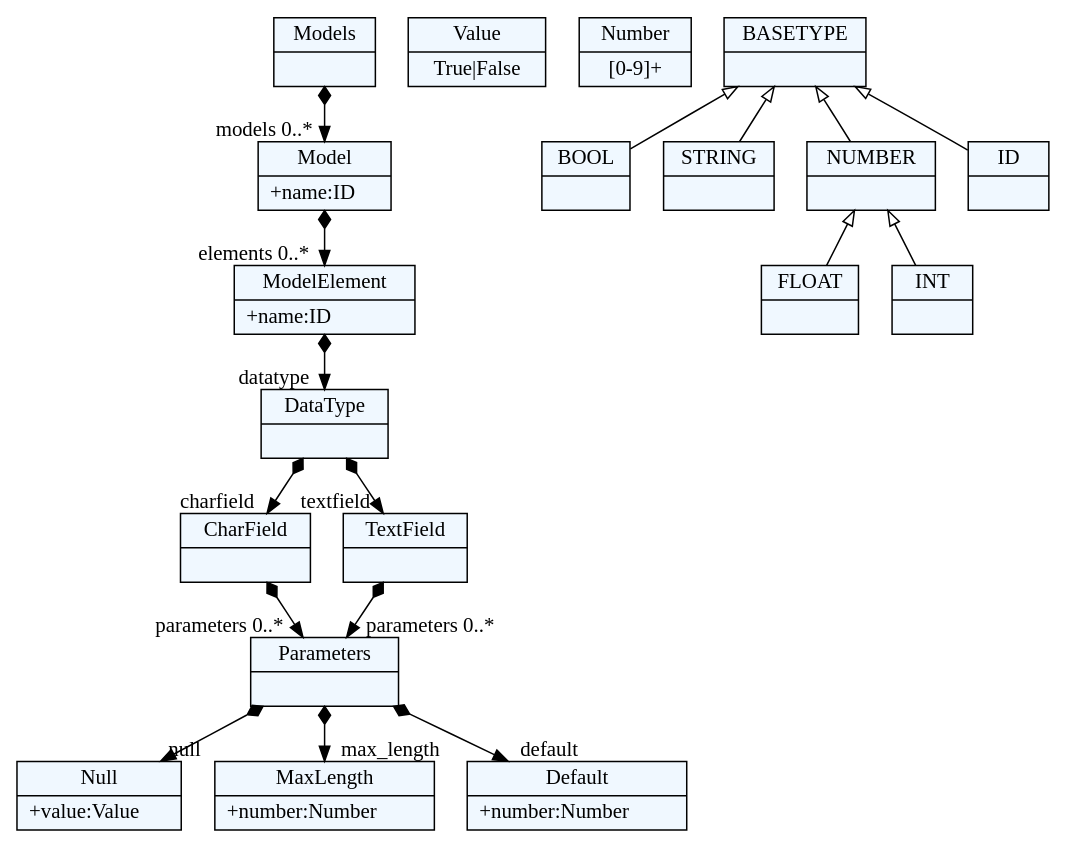
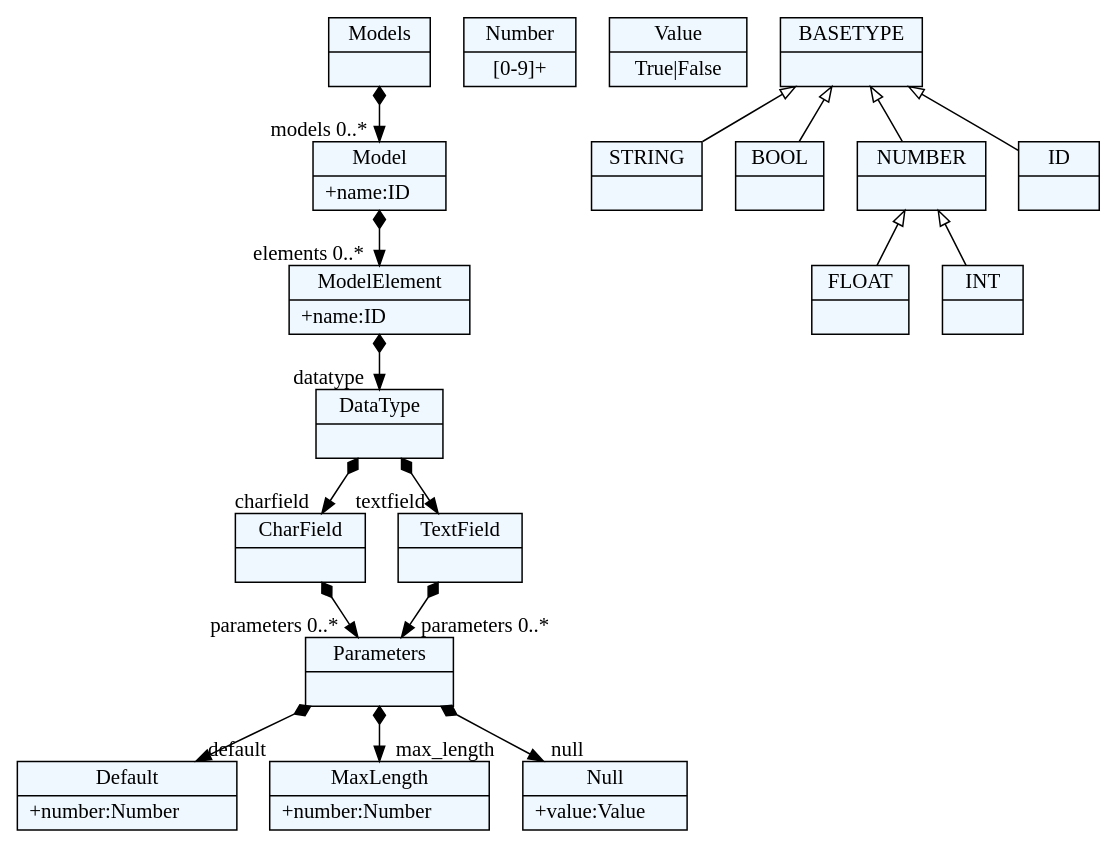
The diagram in grammer.dot (Booorkoo/JSD), drawn with Graphviz before and after one commit. The commit also changed 3 other files, not shown here.

```diff
--- a/grammer.dot
+++ b/grammer.dot
@@ -1,69 +1,69 @@
 
     digraph xtext {
     fontname = "Bitstream Vera Sans"
     fontsize = 8
     node[
         shape=record,
         style=filled,
         fillcolor=aliceblue
     ]
     nodesep = 0.3
     edge[dir=black,arrowtail=empty]
 
 
-1849490629912[ label="{Null|+value:Value\l}"]
+2581475806408[ label="{Default|+number:Number\l}"]
 
-1849489669144 -> 1849489069624[arrowtail=diamond, dir=both, headlabel="models 0..*"]
-1849489669144[ label="{Models|}"]
+2581475816792 -> 2581475818680[arrowtail=diamond, dir=both, headlabel="parameters 0..*"]
+2581475816792[ label="{CharField|}"]
 
-1849490650680[ label="{Value|True\|False}"]
+2581475809240[ label="{MaxLength|+number:Number\l}"]
 
-1849490649736[ label="{MaxLength|+number:Number\l}"]
+2581475815848 -> 2581475804520[arrowtail=diamond, dir=both, headlabel="datatype "]
+2581475815848[ label="{ModelElement|+name:ID\l}"]
 
-1849490641240 -> 1849490630856[arrowtail=diamond, dir=both, headlabel="parameters 0..*"]
-1849490641240[ label="{CharField|}"]
+2581475807352[ label="{Number|[0-9]+}"]
 
-1849490626136 -> 1849490641240[arrowtail=diamond, dir=both, headlabel="charfield "]
-1849490626136 -> 1849490628968[arrowtail=diamond, dir=both, headlabel="textfield "]
-1849490626136[ label="{DataType|}"]
+2581475824344 -> 2581475814904[arrowtail=diamond, dir=both, headlabel="models 0..*"]
+2581475824344[ label="{Models|}"]
 
-1849489069624 -> 1849490631800[arrowtail=diamond, dir=both, headlabel="elements 0..*"]
-1849489069624[ label="{Model|+name:ID\l}"]
+2581475808296[ label="{Null|+value:Value\l}"]
 
-1849490631800 -> 1849490626136[arrowtail=diamond, dir=both, headlabel="datatype "]
-1849490631800[ label="{ModelElement|+name:ID\l}"]
+2581475805464 -> 2581475818680[arrowtail=diamond, dir=both, headlabel="parameters 0..*"]
+2581475805464[ label="{TextField|}"]
 
-1849490645016[ label="{Default|+number:Number\l}"]
+2581475804520 -> 2581475816792[arrowtail=diamond, dir=both, headlabel="charfield "]
+2581475804520 -> 2581475805464[arrowtail=diamond, dir=both, headlabel="textfield "]
+2581475804520[ label="{DataType|}"]
 
-1849490630856 -> 1849490649736[arrowtail=diamond, dir=both, headlabel="max_length "]
-1849490630856 -> 1849490629912[arrowtail=diamond, dir=both, headlabel="null "]
-1849490630856 -> 1849490645016[arrowtail=diamond, dir=both, headlabel="default "]
-1849490630856[ label="{Parameters|}"]
+2581475810184[ label="{Value|True\|False}"]
 
-1849490640296[ label="{Number|[0-9]+}"]
+2581475818680 -> 2581475809240[arrowtail=diamond, dir=both, headlabel="max_length "]
+2581475818680 -> 2581475808296[arrowtail=diamond, dir=both, headlabel="null "]
+2581475818680 -> 2581475806408[arrowtail=diamond, dir=both, headlabel="default "]
+2581475818680[ label="{Parameters|}"]
 
-1849490628968 -> 1849490630856[arrowtail=diamond, dir=both, headlabel="parameters 0..*"]
-1849490628968[ label="{TextField|}"]
+2581475814904 -> 2581475815848[arrowtail=diamond, dir=both, headlabel="elements 0..*"]
+2581475814904[ label="{Model|+name:ID\l}"]
 
-1849489661592[ label="{BOOL|}"]
+2581475803576[ label="{STRING|}"]
 
-1849489665368[ label="{STRING|}"]
+2581475820568[ label="{BOOL|}"]
 
-1849489668200[ label="{FLOAT|}"]
+2581475813960[ label="{BASETYPE|}"]
+2581475813960 -> 2581475813016 [dir=back]
+2581475813960 -> 2581475820568 [dir=back]
+2581475813960 -> 2581475822456 [dir=back]
+2581475813960 -> 2581475803576 [dir=back]
 
-1849489670088[ label="{BASETYPE|}"]
-1849489670088 -> 1849489667256 [dir=back]
-1849489670088 -> 1849489661592 [dir=back]
-1849489670088 -> 1849489655928 [dir=back]
-1849489670088 -> 1849489665368 [dir=back]
+2581475812072[ label="{FLOAT|}"]
 
-1849489655928[ label="{ID|}"]
+2581475822456[ label="{ID|}"]
 
-1849489666312[ label="{INT|}"]
+2581475823400[ label="{INT|}"]
 
-1849489667256[ label="{NUMBER|}"]
-1849489667256 -> 1849489668200 [dir=back]
-1849489667256 -> 1849489666312 [dir=back]
+2581475813016[ label="{NUMBER|}"]
+2581475813016 -> 2581475812072 [dir=back]
+2581475813016 -> 2581475823400 [dir=back]
 
 
 }
```
